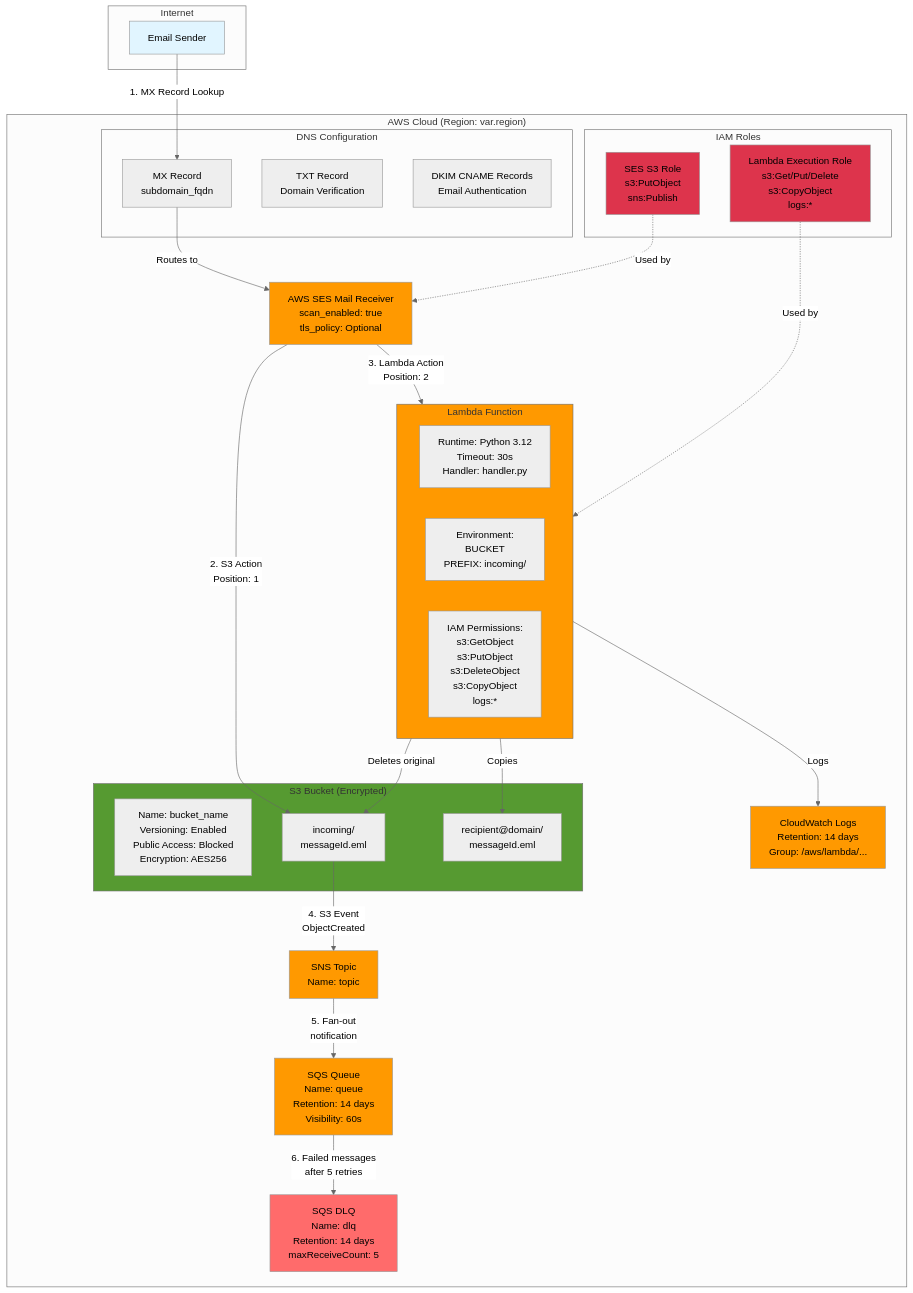
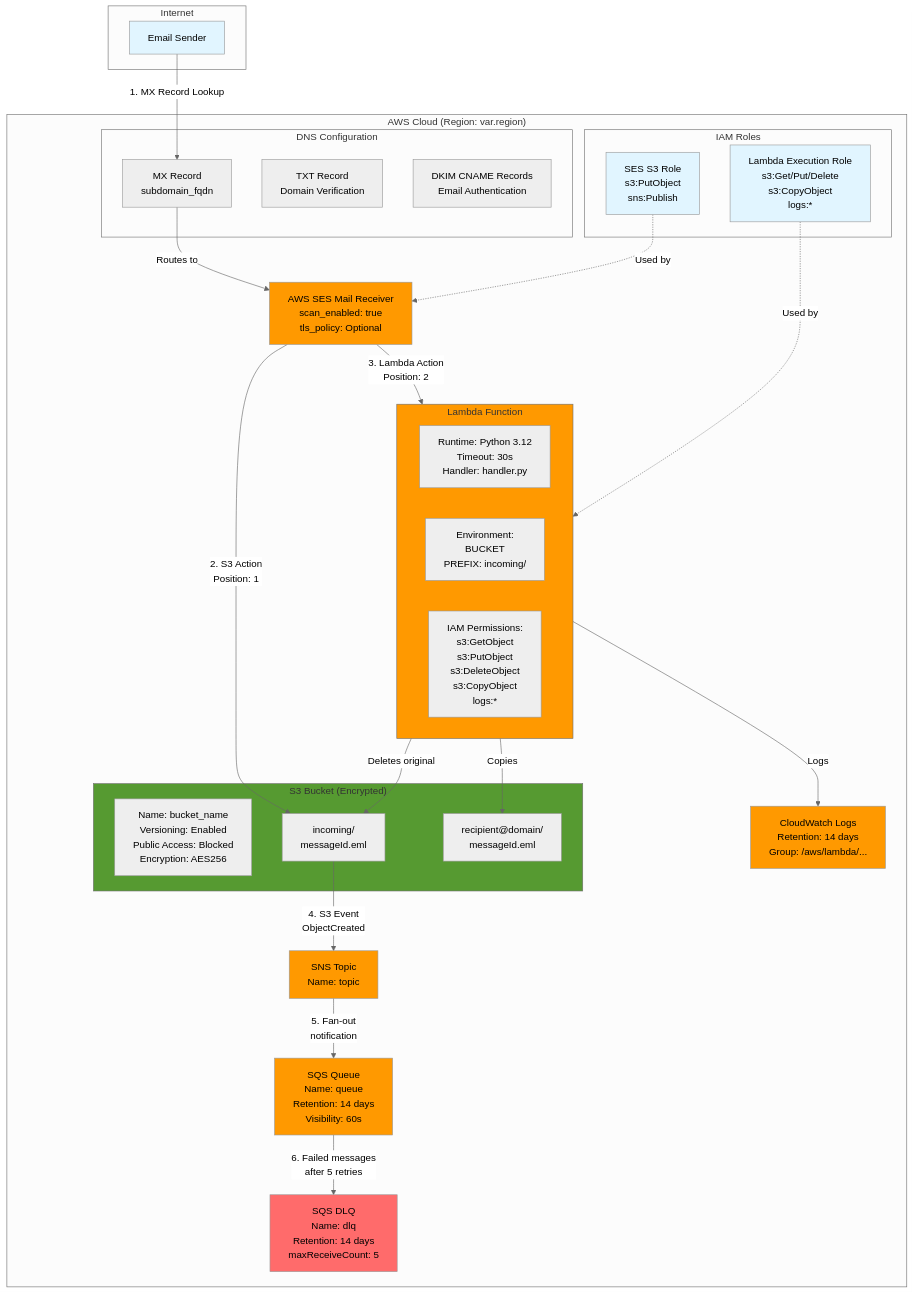
The diagram in README.md (markcallen/ses-receiving-terraform), drawn with Mermaid (neutral theme) before and after one commit.

Commit message:
fixed bold color

````diff
--- a/README.md
+++ b/README.md
@@ -156,64 +156,64 @@
 ```mermaid
 graph TB
     subgraph Internet
         Email[Email Sender]
     end
 
     subgraph AWS["AWS Cloud (Region: var.region)"]
         subgraph DNS["DNS Configuration"]
             MX[MX Record<br/>subdomain_fqdn]
             TXT[TXT Record<br/>Domain Verification]
             DKIM[DKIM CNAME Records<br/>Email Authentication]
         end
 
         SES[AWS SES Mail Receiver<br/>scan_enabled: true<br/>tls_policy: Optional]
 
         subgraph S3Bucket["S3 Bucket (Encrypted)"]
             S3Meta[Name: bucket_name<br/>Versioning: Enabled<br/>Public Access: Blocked<br/>Encryption: AES256]
             Incoming["incoming/<br/>messageId.eml"]
             Recipient["recipient@domain/<br/>messageId.eml"]
         end
 
         subgraph Lambda["Lambda Function"]
             LambdaMeta[Runtime: Python 3.12<br/>Timeout: 30s<br/>Handler: handler.py]
             LambdaEnv[Environment:<br/>BUCKET<br/>PREFIX: incoming/]
             LambdaIAM[IAM Permissions:<br/>s3:GetObject<br/>s3:PutObject<br/>s3:DeleteObject<br/>s3:CopyObject<br/>logs:*]
         end
 
         CWLogs[CloudWatch Logs<br/>Retention: 14 days<br/>Group: /aws/lambda/...]
 
         SNS[SNS Topic<br/>Name: topic]
         SQS[SQS Queue<br/>Name: queue<br/>Retention: 14 days<br/>Visibility: 60s]
         DLQ[SQS DLQ<br/>Name: dlq<br/>Retention: 14 days<br/>maxReceiveCount: 5]
 
         subgraph IAM["IAM Roles"]
             SESRole[SES S3 Role<br/>s3:PutObject<br/>sns:Publish]
             LambdaRole[Lambda Execution Role<br/>s3:Get/Put/Delete<br/>s3:CopyObject<br/>logs:*]
         end
     end
 
     Email -->|1. MX Record Lookup| MX
     MX -->|Routes to| SES
     SES -->|2. S3 Action<br/>Position: 1| Incoming
     SES -->|3. Lambda Action<br/>Position: 2| Lambda
     Lambda -->|Copies| Recipient
     Lambda -->|Deletes original| Incoming
     Lambda -->|Logs| CWLogs
     Incoming -->|4. S3 Event<br/>ObjectCreated| SNS
     SNS -->|5. Fan-out<br/>notification| SQS
     SQS -->|6. Failed messages<br/>after 5 retries| DLQ
 
     SESRole -.->|Used by| SES
     LambdaRole -.->|Used by| Lambda
 
     style Email fill:#e1f5ff
     style SES fill:#ff9900
     style S3Bucket fill:#569a31
     style Lambda fill:#ff9900
     style SNS fill:#ff9900
     style SQS fill:#ff9900
     style DLQ fill:#ff6b6b
     style CWLogs fill:#ff9900
-    style SESRole fill:#dd344c
-    style LambdaRole fill:#dd344c
+    style SESRole fill:#e1f5ff
+    style LambdaRole fill:#e1f5ff
 ```
````
